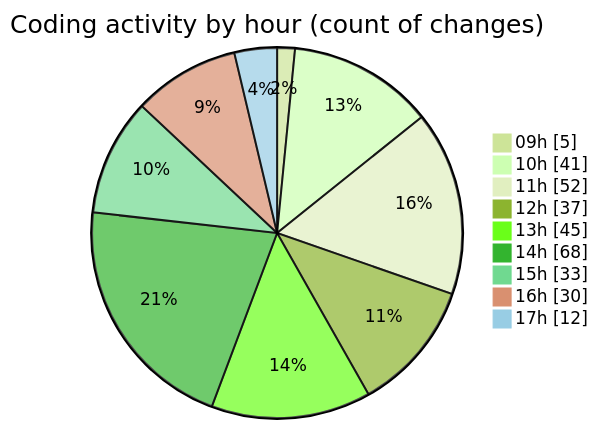
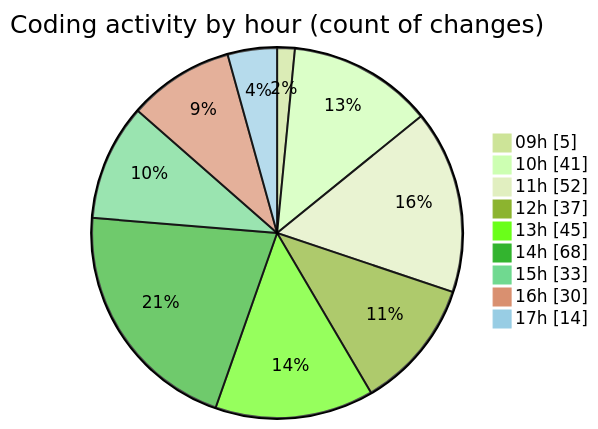
One commit to momahboobian/code-tracking changed the second of 2 diagrams in 2026-04-27/cda/README.md. Above: the diagram before and after it, drawn with Mermaid (forest theme). The commit also changed other lines of this file and 1 other file, not shown here.

````diff
--- a/2026-04-27/cda/README.md
+++ b/2026-04-27/cda/README.md
@@ -67,13 +67,13 @@
 ```mermaid
 pie showData
 title Coding activity by hour (count of changes)
 "09h" : 5
 "10h" : 41
 "11h" : 52
 "12h" : 37
 "13h" : 45
 "14h" : 68
 "15h" : 33
 "16h" : 30
-"17h" : 12
+"17h" : 14
 ```
````
